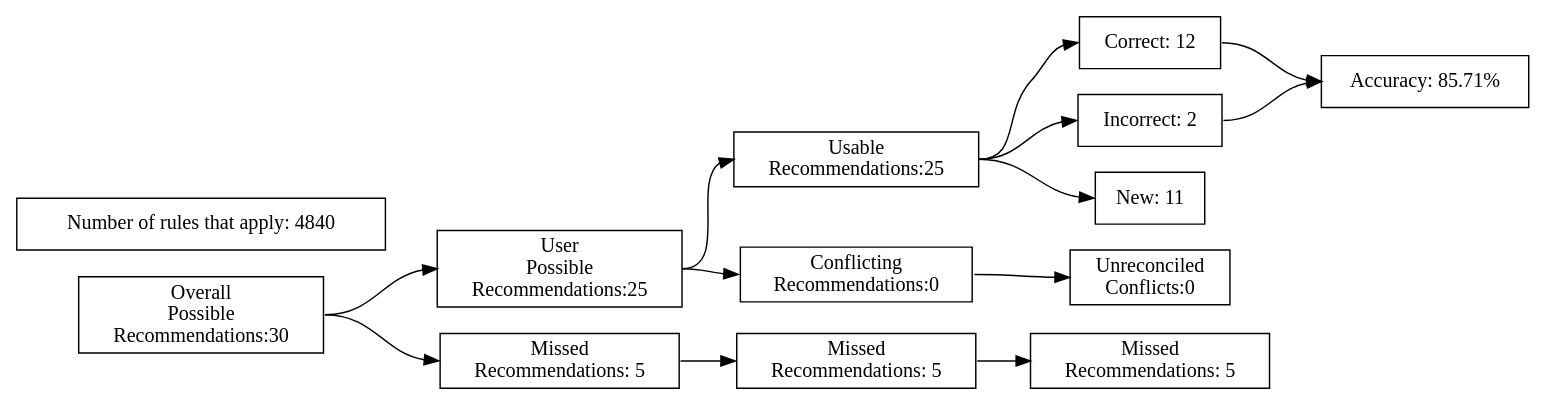
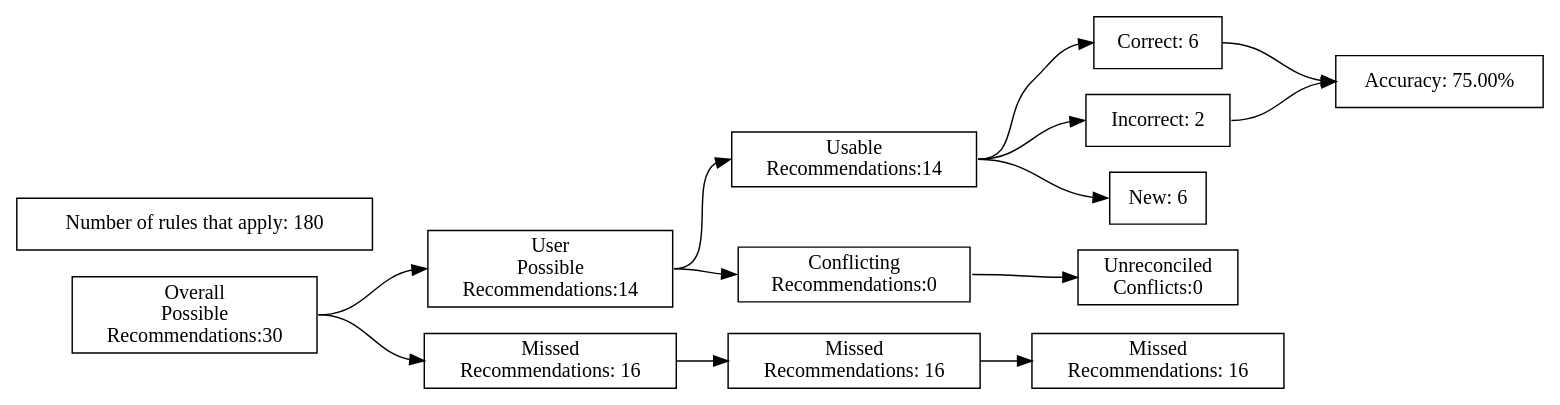
One commit to ZaxR/ibd_diet_analysis changed the diagram in test_renders/25.gv. Above: the diagram before and after it, drawn with Graphviz. The commit also changed 78 other files, not shown here.

```diff
--- a/test_renders/25.gv
+++ b/test_renders/25.gv
@@ -1,40 +1,40 @@
 digraph {
 	graph [rankdir=LR]
 	node [pos=r shape=box]
 	edge [headport=w tailport=e]
 		A [label="Overall
 Possible
 Recommendations:30"]
 		B [label="User
 Possible
-Recommendations:25"]
+Recommendations:14"]
 		C [label="Missed
-Recommendations: 5"]
+Recommendations: 16"]
 		D [label="Usable
-Recommendations:25"]
+Recommendations:14"]
 		E [label="Conflicting
 Recommendations:0"]
 		J [label="Missed
-Recommendations: 5"]
+Recommendations: 16"]
 		M [label="Unreconciled
 Conflicts:0"]
-		F [label="Correct: 12"]
+		F [label="Correct: 6"]
 		G [label="Incorrect: 2"]
-		H [label="New: 11"]
+		H [label="New: 6"]
 		K [label="Missed
-Recommendations: 5"]
-		I [label="Accuracy: 85.71%"]
-		l [label="Number of rules that apply: 4840"]
+Recommendations: 16"]
+		I [label="Accuracy: 75.00%"]
+		l [label="Number of rules that apply: 180"]
 			A -> B
 			A -> C
 			B -> D
 			B -> E
 			D -> F
 			D -> G
 			D -> H
 			F -> I
 			G -> I
 			C -> J
 			J -> K
 			E -> M
 }
```
